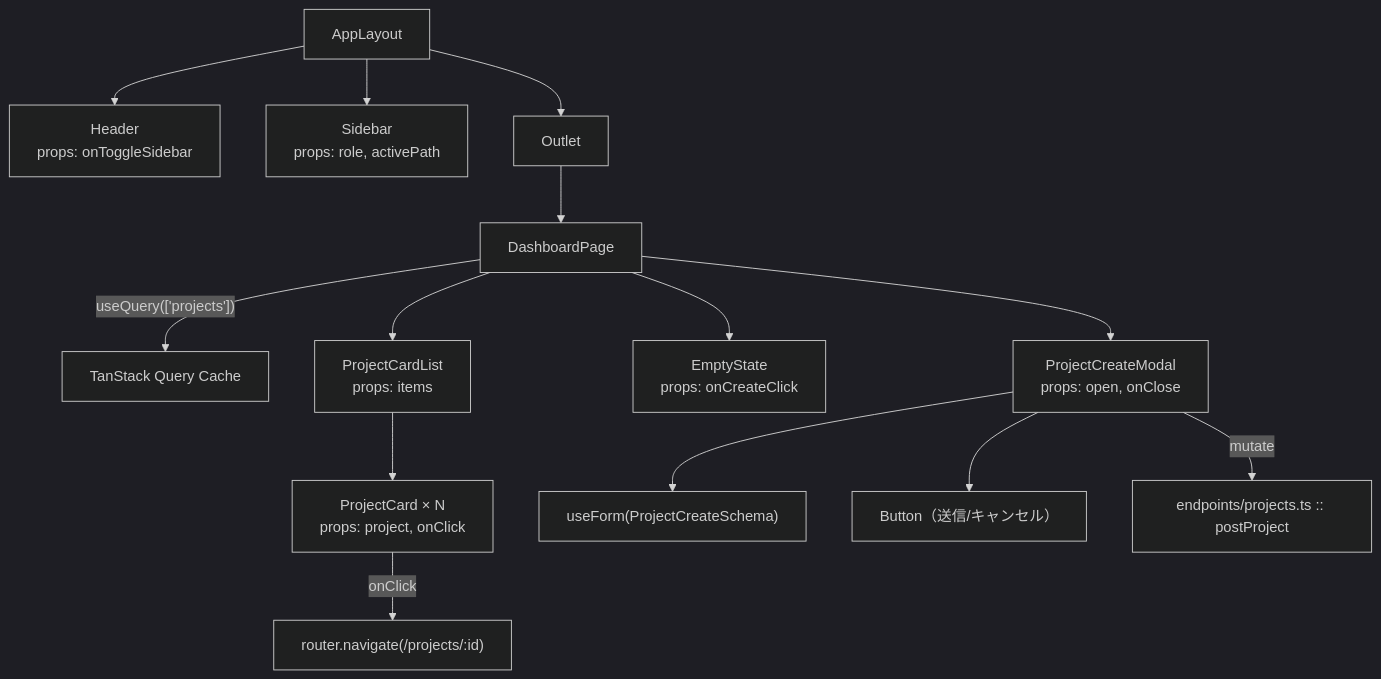
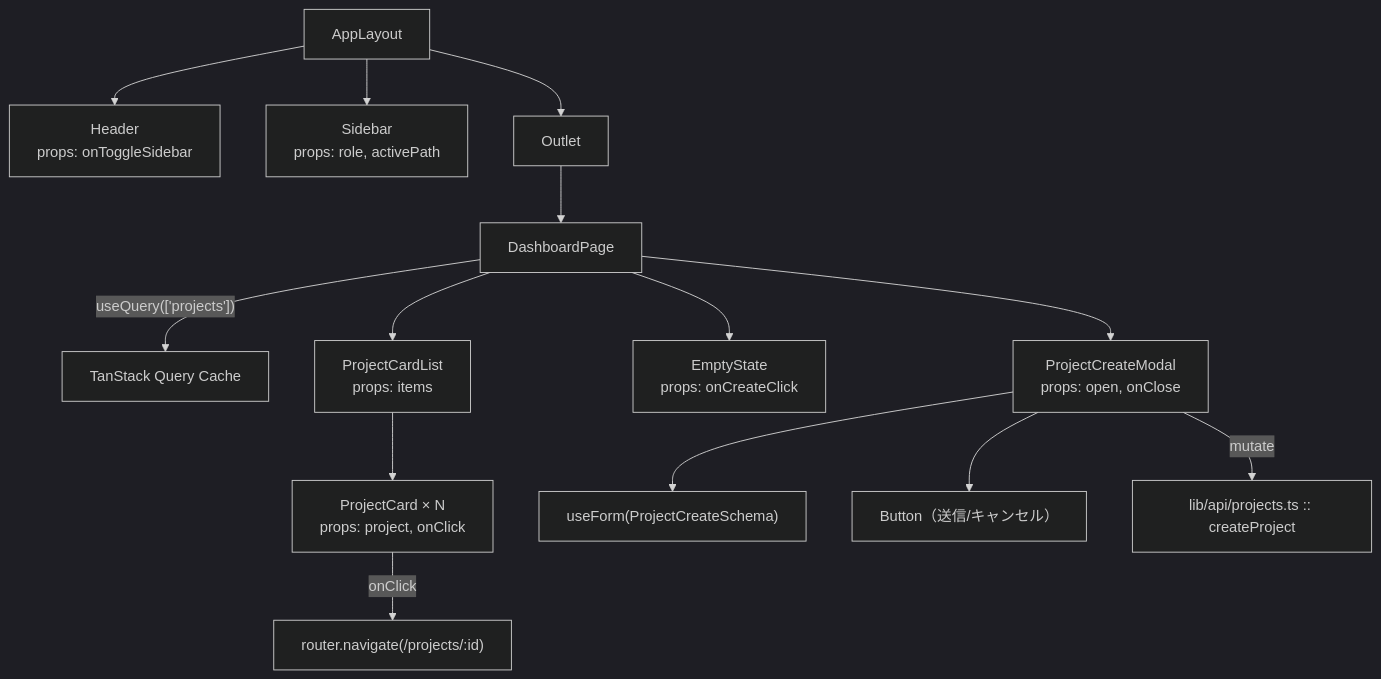
The fourth of 5 diagrams in docs/detailed_design/screen/06_dashboard.md (oikawa-d/task_management), drawn with Mermaid (dark theme) before and after one commit. The commit also changed other lines of this file, not shown here.

````diff
--- a/docs/detailed_design/screen/06_dashboard.md
+++ b/docs/detailed_design/screen/06_dashboard.md
@@ -204,18 +206,18 @@
 ```mermaid
 flowchart TB
     APL["AppLayout"] --> HD["Header<br/>props: onToggleSidebar"]
     APL --> SB["Sidebar<br/>props: role, activePath"]
     APL --> OUT["Outlet"]
     OUT --> DP["DashboardPage"]
 
     DP -->|"useQuery(['projects'])"| Q["TanStack Query Cache"]
     DP --> PCL["ProjectCardList<br/>props: items"]
     PCL --> PC["ProjectCard × N<br/>props: project, onClick"]
     DP --> EMP["EmptyState<br/>props: onCreateClick"]
     DP --> PCM["ProjectCreateModal<br/>props: open, onClose"]
     PCM --> RHF["useForm(ProjectCreateSchema)"]
     PCM --> BTN["Button（送信/キャンセル）"]
 
     PC -->|"onClick"| NAV["router.navigate(/projects/:id)"]
-    PCM -->|"mutate"| EP["endpoints/projects.ts :: postProject"]
+    PCM -->|"mutate"| EP["lib/api/projects.ts :: createProject"]
 ```
````
